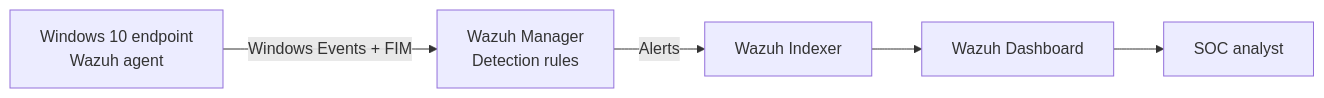
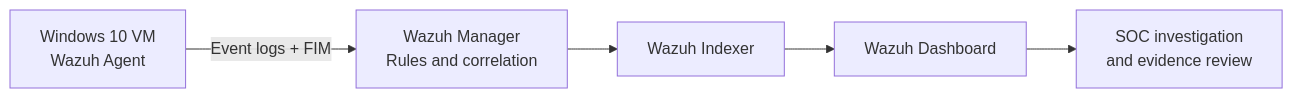
One commit to cyber-salem/soc-home-lab-wazuh changed the diagram in README.md. Above: the diagram before and after it, drawn with Mermaid. The commit also changed other lines of this file, not shown here.

Commit message:
docs: redesign README for SOC hiring review with verified screenshot evidence

````diff
--- a/README.md
+++ b/README.md
@@ -29,12 +37,7 @@
 ```mermaid
 flowchart LR
-  W["Windows 10 endpoint\nWazuh agent"]
-  M["Wazuh Manager\nDetection rules"]
-  I["Wazuh Indexer"]
-  D["Wazuh Dashboard"]
-  A["SOC analyst"]
-  W -->|"Windows Events + FIM"| M
-  M -->|"Alerts"| I
-  I --> D
-  D --> A
+    W["Windows 10 VM<br/>Wazuh Agent"] -->|"Event logs + FIM"| M["Wazuh Manager<br/>Rules and correlation"]
+    M --> I["Wazuh Indexer"]
+    I --> D["Wazuh Dashboard"]
+    D --> S["SOC investigation<br/>and evidence review"]
 ```
````
